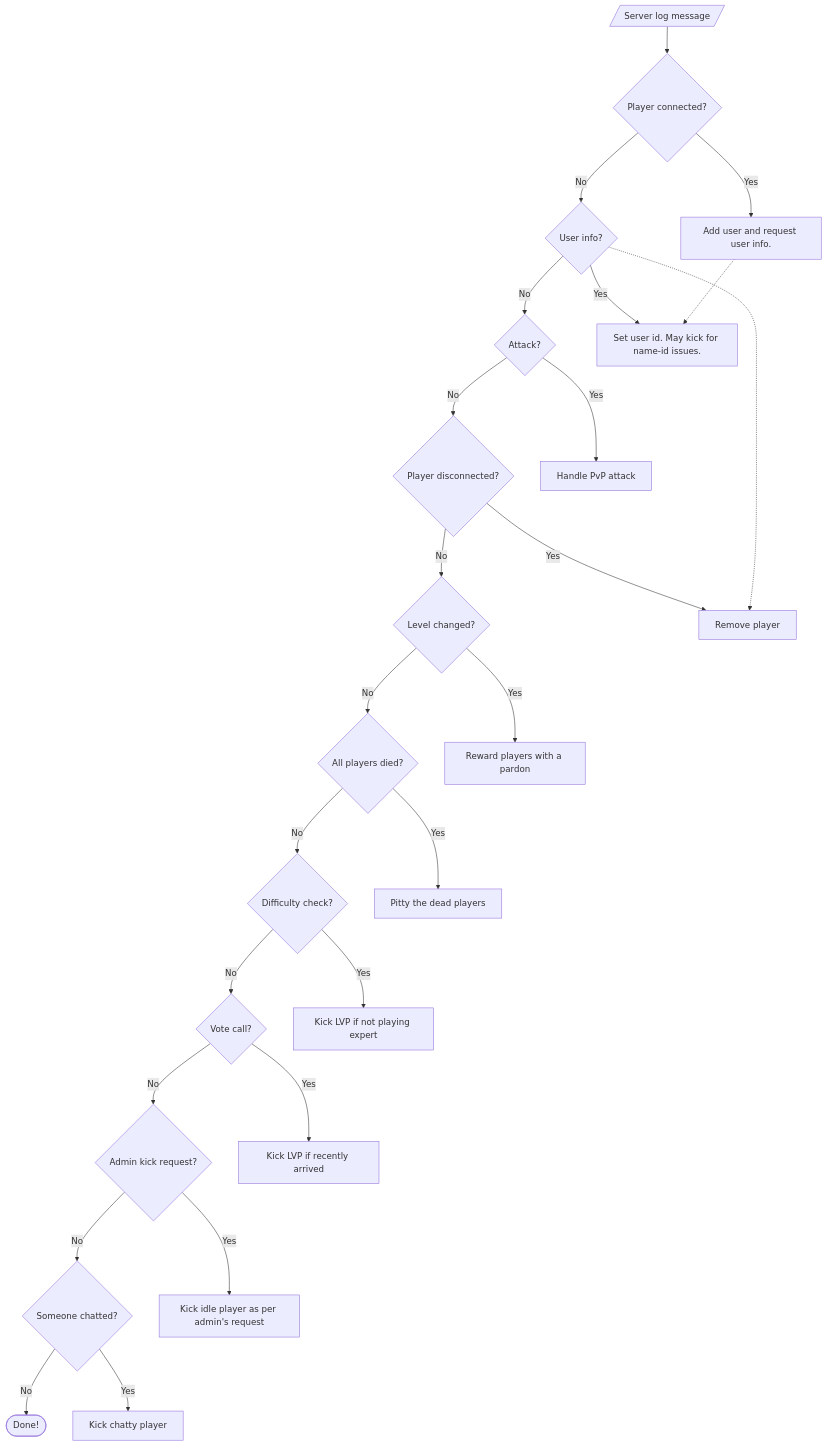
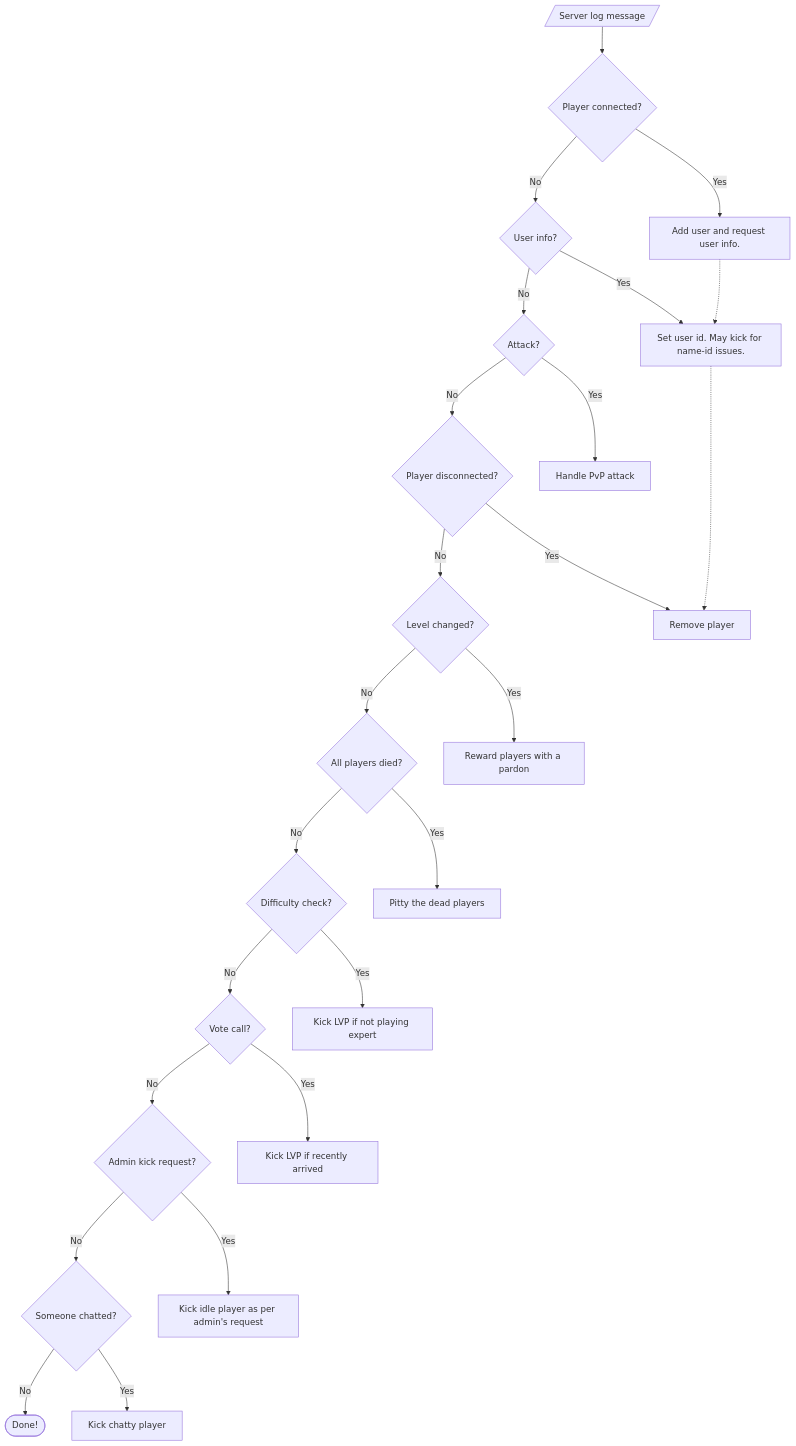
One commit to carlosjhr64/l4d2-observer changed the diagram in README.md. Above: the diagram before and after it, drawn with Mermaid.

Commit message:
mermaid - dotted

````diff
--- a/README.md
+++ b/README.md
@@ -32,26 +32,26 @@
 ```mermaid
 flowchart TD;
   LogMsg[/Server log message/] --> Connected{Player connected?};
   Connected -->|No| UserInfo{User info?};
   Connected -->|Yes| ProcessConnected[Add user and request user info.];
   UserInfo -->|No| Attack{Attack?};
   UserInfo -->|Yes| ProcessUserInfo[Set user id. May kick for name-id issues.];
   ProcessConnected -.-> ProcessUserInfo;
   Attack -->|No| Dropped{Player disconnected?};
   Attack -->|Yes| ProcessAttack[Handle PvP attack]
   Dropped -->|No| ChangeLevel{Level changed?}
   Dropped -->|Yes| ProcessDropped[Remove player]
-  UserInfo -.-> ProcessDropped
+  ProcessUserInfo -.-> ProcessDropped
   ChangeLevel -->|No| InitDirectorScript{All players died?}
   ChangeLevel -->|Yes| ProcessChangeLevel[Reward players with a pardon]
   InitDirectorScript -->|No| DifficultyCheck{Difficulty check?}
   InitDirectorScript -->|Yes| ProcessInitDirectorScript[Pitty the dead players]
   DifficultyCheck -->|No| PotentialVote{Vote call?}
   DifficultyCheck -->|Yes| ProcessDifficultyCheck[Kick LVP if not playing expert] 
   PotentialVote --> |No| IdleKick{Admin kick request?}
   PotentialVote --> |Yes| ProcessPotentialVote[Kick LVP if recently arrived]
   IdleKick --> |No| Chat{Someone chatted?}
   IdleKick --> |Yes| ProcessIdleKick[Kick idle player as per admin's request]
   Chat --> |No| Stop([Done!])
   Chat --> |Yes| ProcessChat[Kick chatty player]
 ```
````
